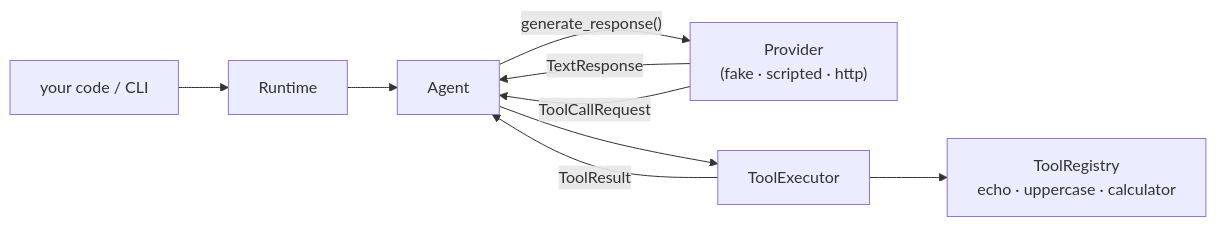
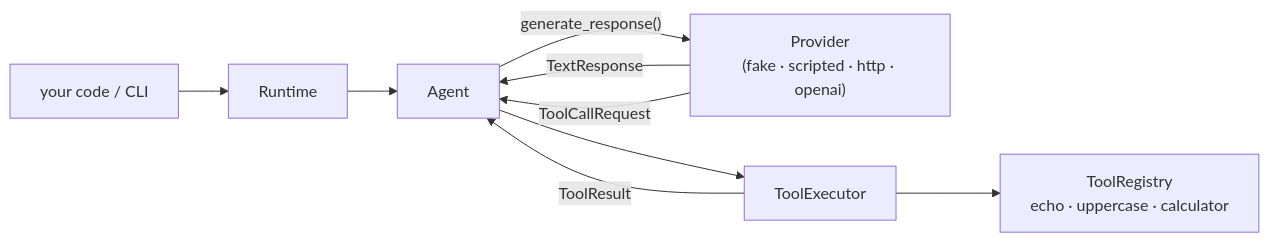
Before and after one commit to Abolfazlrwm/nexusagent: the diagram in README.md, drawn with Mermaid. The commit also changed other lines of this file and 3 other files, not shown here.

````diff
--- a/README.md
+++ b/README.md
@@ -52,11 +53,11 @@
 ```mermaid
 flowchart LR
     U["your code / CLI"] --> R["Runtime"]
     R --> A["Agent"]
-    A -- "generate_response()" --> P["Provider<br/>(fake · scripted · http)"]
+    A -- "generate_response()" --> P["Provider<br/>(fake · scripted · http · openai)"]
     P -- "TextResponse" --> A
     P -- "ToolCallRequest" --> A
     A --> X["ToolExecutor"]
     X --> T["ToolRegistry<br/>echo · uppercase · calculator"]
     X -- "ToolResult" --> A
 ```
````
